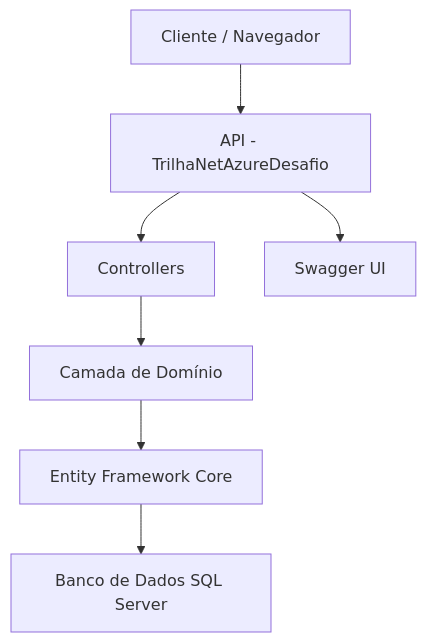
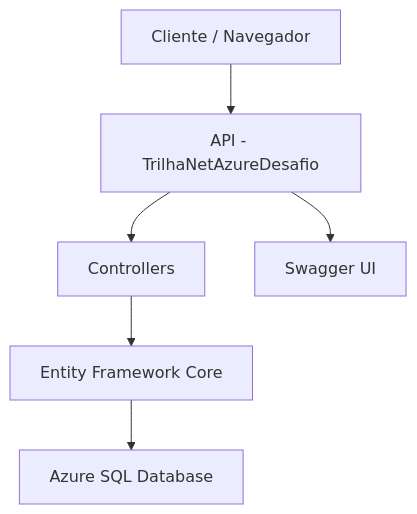
One commit to stephtavzz/trilha-net-azure changed the diagram in README.md. Above: the diagram before and after it, drawn with Mermaid. The commit also changed other lines of this file, not shown here.

First line of the commit message:
Etapas de integração do Banco de Dados SQL do Azure

`````diff
--- a/README.md
+++ b/README.md
@@ -49,10 +115,8 @@
-```mermaid
-graph TD
-A[Cliente / Navegador] --> B[API - TrilhaNetAzureDesafio]
-B --> C[Controllers]
-C --> D[Camada de Domínio]
-D --> E[Entity Framework Core]
-E --> F[Banco de Dados SQL Server]
-B --> G[Swagger UI]
-
-````
+   ```mermaid
+   graph TD
+   A[Cliente / Navegador] --> B[API - TrilhaNetAzureDesafio]
+   B --> C[Controllers]
+   C --> D[Entity Framework Core]
+   D --> E[Azure SQL Database]
+   B --> G[Swagger UI]
+   ````
`````
